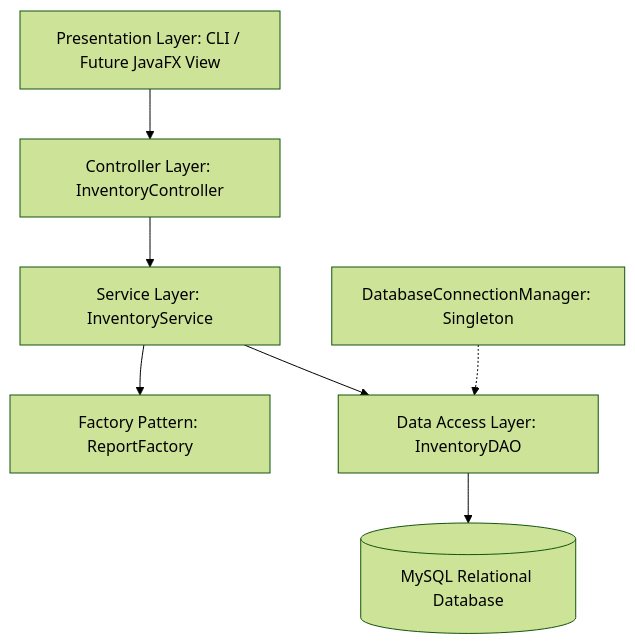
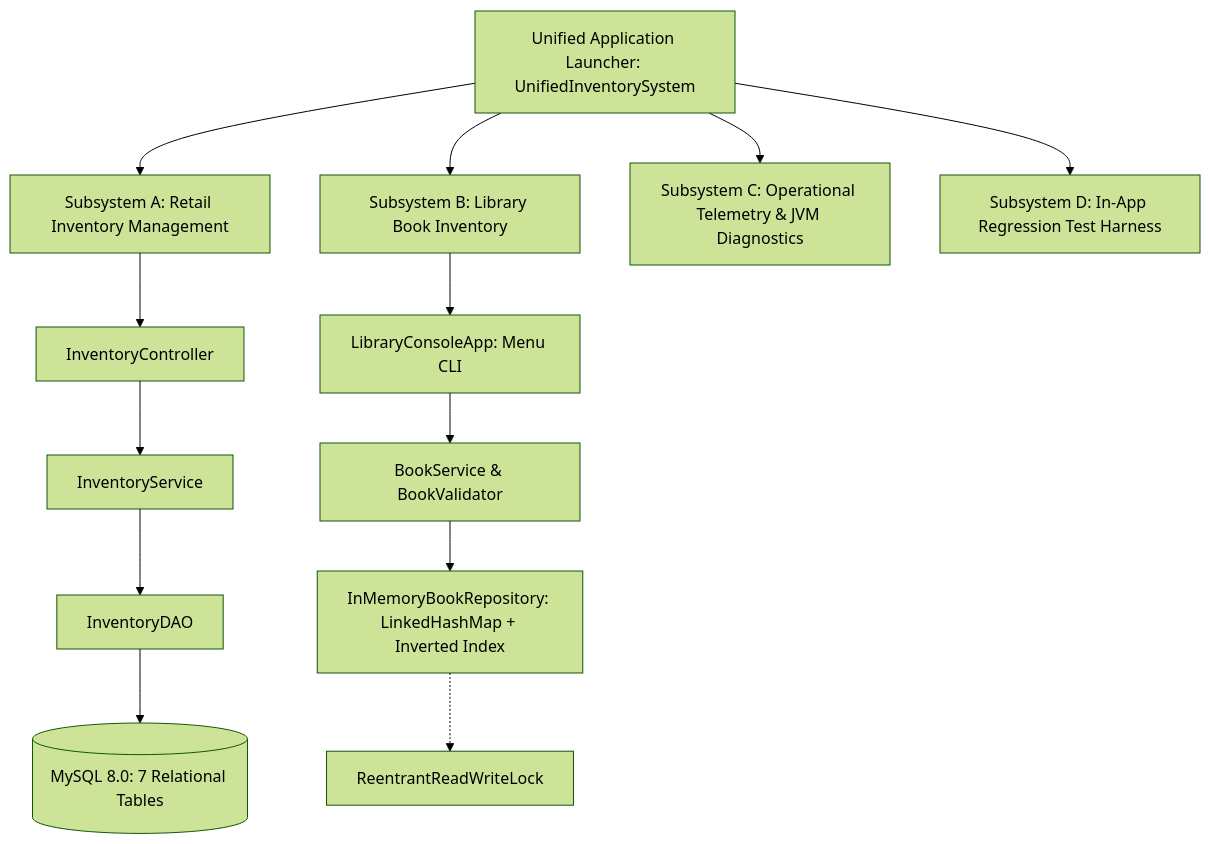
The diagram in README.md (Pratyaksh82/retail-inventory-management-system), drawn with Mermaid (forest theme) before and after one commit. The commit also changed other lines of this file and 13 other files, not shown here.

````diff
--- a/README.md
+++ b/README.md
@@ -22,9 +21,19 @@
 ```mermaid
 graph TD
-    UI[Presentation Layer: CLI / Future JavaFX View] --> Controller[Controller Layer: InventoryController]
-    Controller --> Service[Service Layer: InventoryService]
-    Service --> Factory[Factory Pattern: ReportFactory]
-    Service --> DAO[Data Access Layer: InventoryDAO]
-    DAO --> DB[(MySQL Relational Database)]
-    DB_Conn[DatabaseConnectionManager: Singleton] -.-> DAO
+    Unified[Unified Application Launcher: UnifiedInventorySystem]
+    
+    Unified --> SubA[Subsystem A: Retail Inventory Management]
+    SubA --> Ctrl[InventoryController]
+    Ctrl --> Serv[InventoryService]
+    Serv --> DAO[InventoryDAO]
+    DAO --> MySQL[(MySQL 8.0: 7 Relational Tables)]
+    
+    Unified --> SubB[Subsystem B: Library Book Inventory]
+    SubB --> LibCLI[LibraryConsoleApp: Menu CLI]
+    LibCLI --> LibServ[BookService & BookValidator]
+    LibServ --> LibRepo[InMemoryBookRepository: LinkedHashMap + Inverted Index]
+    LibRepo -.-> RW[ReentrantReadWriteLock]
+    
+    Unified --> SubC[Subsystem C: Operational Telemetry & JVM Diagnostics]
+    Unified --> SubD[Subsystem D: In-App Regression Test Harness]
 ```
````
